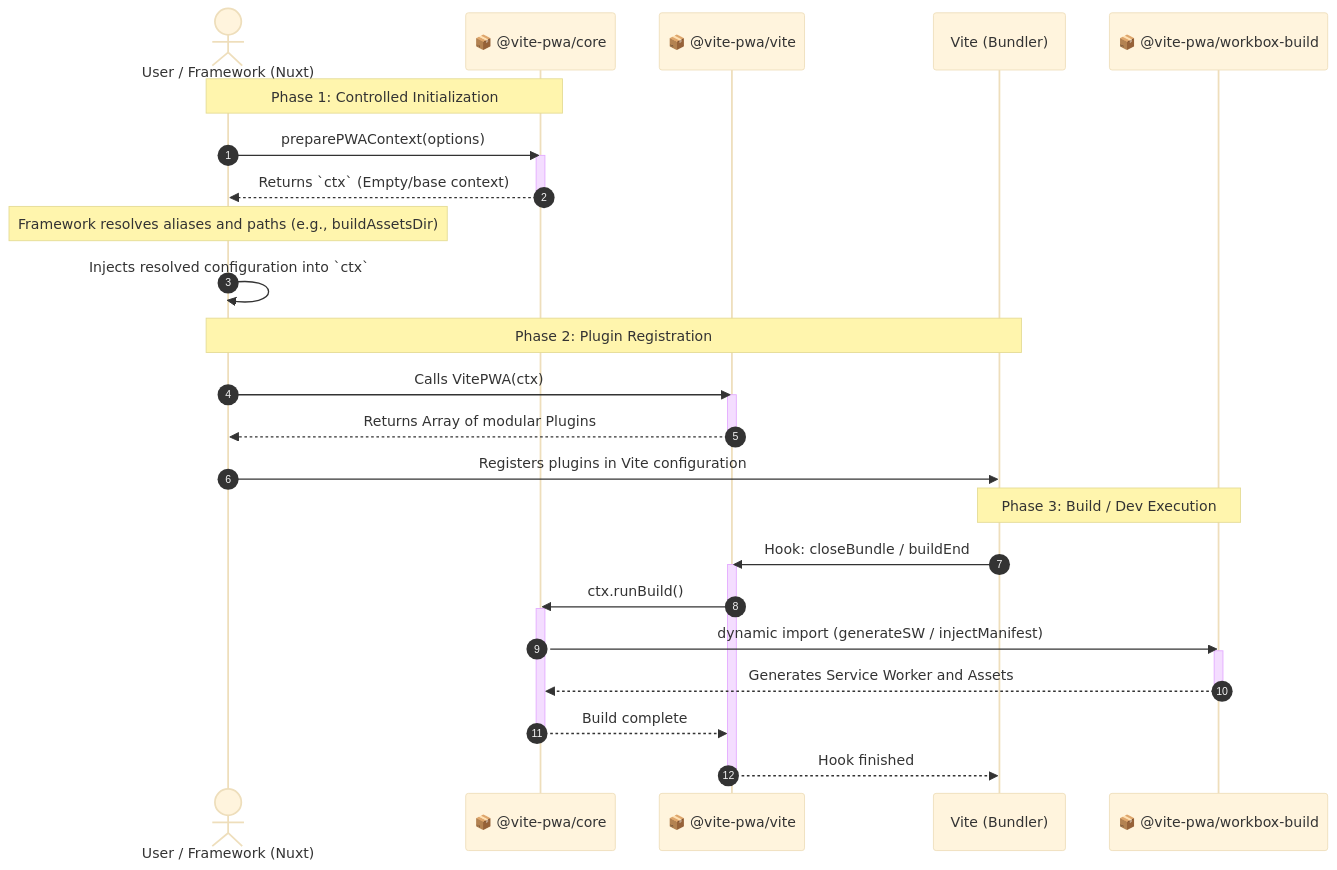
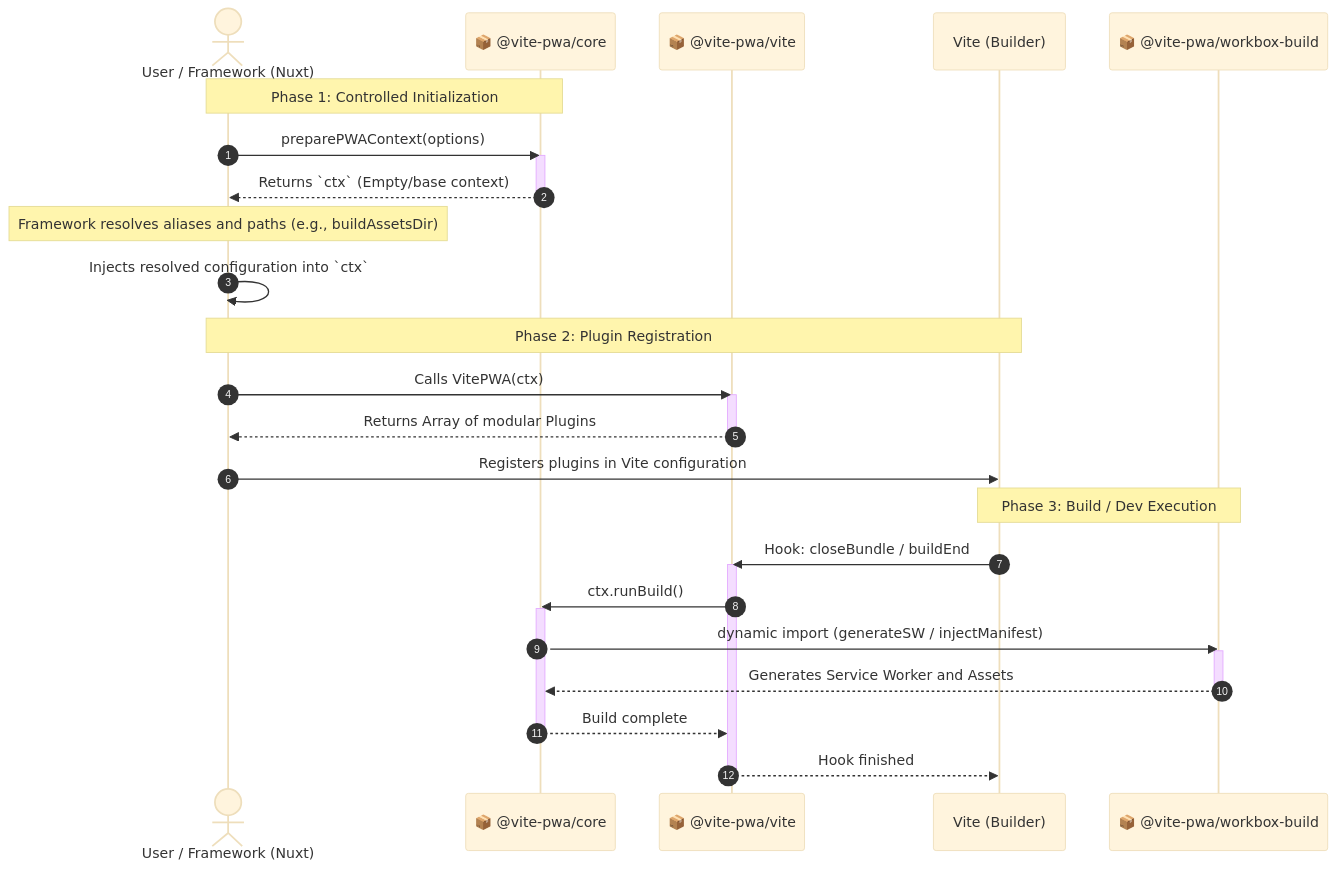
Before and after one commit to vite-pwa/unplugin-pwa: the second of 2 diagrams in README.md, drawn with Mermaid (base theme). The commit also changed other lines of this file, not shown here.

Commit message:
docs: update mermaid diagrams

````diff
--- a/README.md
+++ b/README.md
@@ -63,39 +62,39 @@
 ```mermaid
 sequenceDiagram
     autonumber
     actor Dev as User / Framework (Nuxt)
     participant Core as 📦 @vite-pwa/core
     participant Builder as 📦 @vite-pwa/vite
-    participant Vite as Vite (Bundler)
+    participant Vite as Vite (Builder)
     participant WB as 📦 @vite-pwa/workbox-build
 
     Note over Dev, Core: Phase 1: Controlled Initialization
     Dev->>Core: preparePWAContext(options)
     activate Core
     Core-->>Dev: Returns `ctx` (Empty/base context)
     deactivate Core
 
     Note over Dev: Framework resolves aliases and paths (e.g., buildAssetsDir)
     Dev->>Dev: Injects resolved configuration into `ctx`
 
     Note over Dev, Vite: Phase 2: Plugin Registration
     Dev->>Builder: Calls VitePWA(ctx)
     activate Builder
     Builder-->>Dev: Returns Array of modular Plugins
     deactivate Builder
     Dev->>Vite: Registers plugins in Vite configuration
 
     Note over Vite, WB: Phase 3: Build / Dev Execution
     Vite->>Builder: Hook: closeBundle / buildEnd
     activate Builder
     Builder->>Core: ctx.runBuild()
     activate Core
     Core->>WB: dynamic import (generateSW / injectManifest)
     activate WB
     WB-->>Core: Generates Service Worker and Assets
     deactivate WB
     Core-->>Builder: Build complete
     deactivate Core
     Builder-->>Vite: Hook finished
     deactivate Builder
 ```
````
